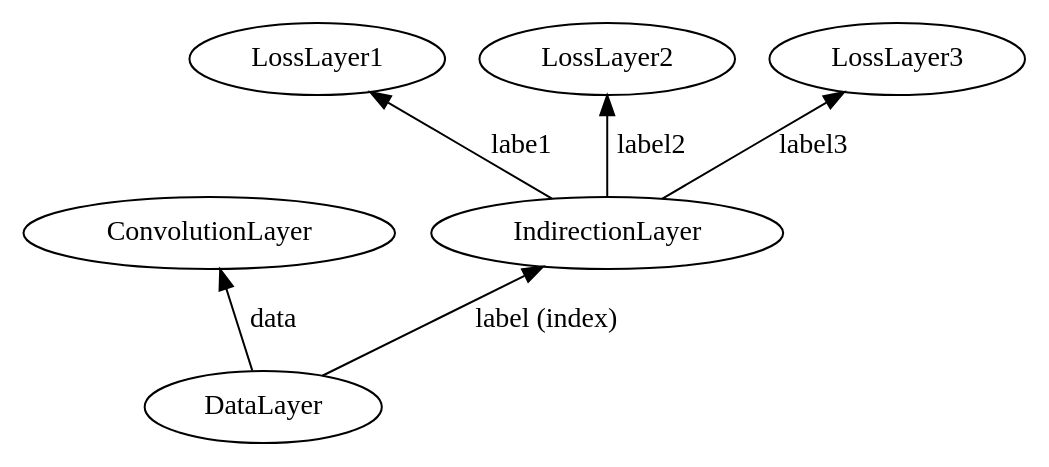
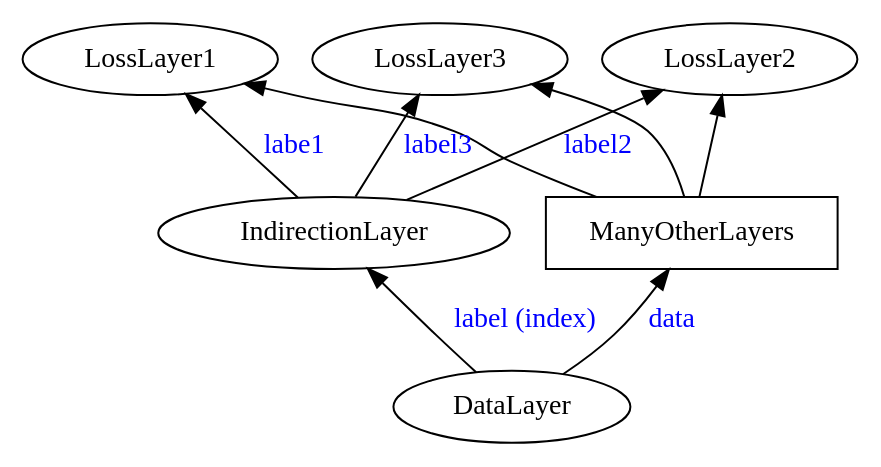
One commit to netheril96/images changed the diagram in indirection_layer/1.dot. Above: the diagram before and after it, drawn with Graphviz. The commit also changed 1 other file, not shown here.

```diff
--- a/indirection_layer/1.dot
+++ b/indirection_layer/1.dot
@@ -1,8 +1,13 @@
 digraph IndirectionExample {
     rankdir = "BT";
-    DataLayer -> ConvolutionLayer [label = "data"];
+    edge [fontcolor="blue"];
+    ManyOtherLayers [shape = box];
+    DataLayer -> ManyOtherLayers [label = "data"];
     DataLayer -> IndirectionLayer [label = "label (index)"];
     IndirectionLayer -> LossLayer1 [label = "labe1"];
     IndirectionLayer -> LossLayer2 [label = "label2"];
     IndirectionLayer -> LossLayer3 [label = "label3"];
+    ManyOtherLayers -> LossLayer1;
+    ManyOtherLayers -> LossLayer2;
+    ManyOtherLayers -> LossLayer3;
 }
```
